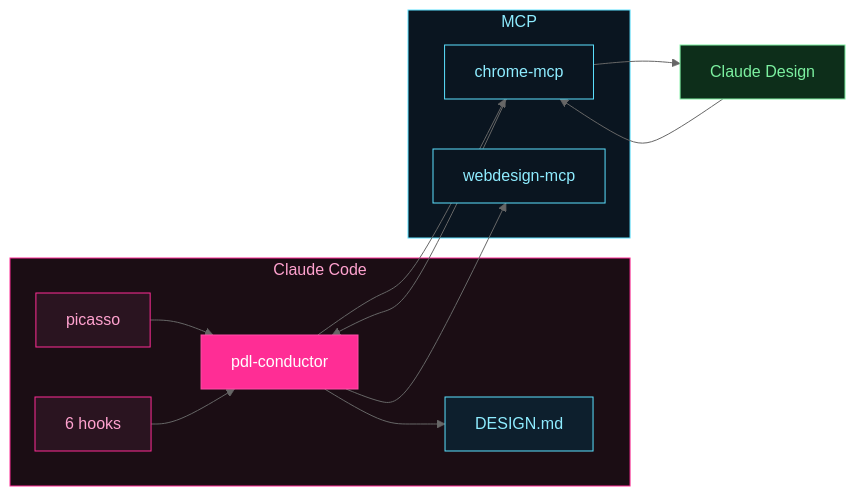
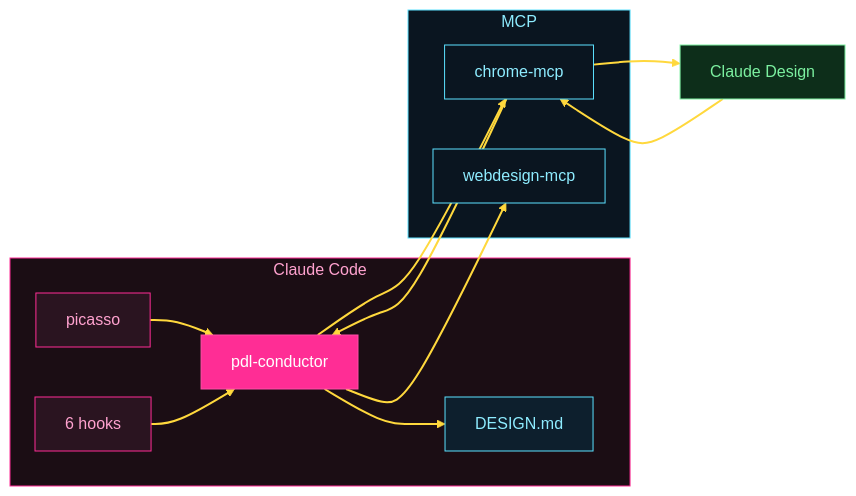
Before and after one commit to RazvanGabrielNiculae/picasso-claude-design-claude-code-bridge-loop: the third of 9 diagrams in README.md, drawn with Mermaid (neutral theme).

Commit message:
fix: yellow arrows on Architecture diagram for visibility

````diff
--- a/README.md
+++ b/README.md
@@ -151,27 +151,35 @@
 ```mermaid
 flowchart LR
     subgraph CC["Claude Code"]
         PC[picasso] --> PDL[pdl-conductor]
         HK[6 hooks] --> PDL
         PDL --> DM[DESIGN.md]
     end
     subgraph MCP["MCP"]
         CMCP[chrome-mcp]
         WMCP[webdesign-mcp]
     end
     CD[Claude Design]
 
     PDL --> CMCP --> CD
     CD --> CMCP --> PDL
     PDL --> WMCP
 
     style CC fill:#1b0d14,stroke:#ff2d95,color:#ffa2cf
     style MCP fill:#0a1520,stroke:#5ce1ff,color:#8eecff
     style PC fill:#2a1420,stroke:#ff2d95,color:#ffa2cf
     style PDL fill:#ff2d95,stroke:#ff4fa8,color:#fff
     style HK fill:#2a1420,stroke:#ff2d95,color:#ffa2cf
     style DM fill:#0d1f2d,stroke:#5ce1ff,color:#8eecff
     style CMCP fill:#0a1520,stroke:#5ce1ff,color:#8eecff
     style WMCP fill:#0a1520,stroke:#5ce1ff,color:#8eecff
     style CD fill:#0d2e1a,stroke:#7cf0a0,color:#7cf0a0
+    linkStyle 0 stroke:#ffd83d,stroke-width:2px
+    linkStyle 1 stroke:#ffd83d,stroke-width:2px
+    linkStyle 2 stroke:#ffd83d,stroke-width:2px
+    linkStyle 3 stroke:#ffd83d,stroke-width:2px
+    linkStyle 4 stroke:#ffd83d,stroke-width:2px
+    linkStyle 5 stroke:#ffd83d,stroke-width:2px
+    linkStyle 6 stroke:#ffd83d,stroke-width:2px
+    linkStyle 7 stroke:#ffd83d,stroke-width:2px
 ```
````
